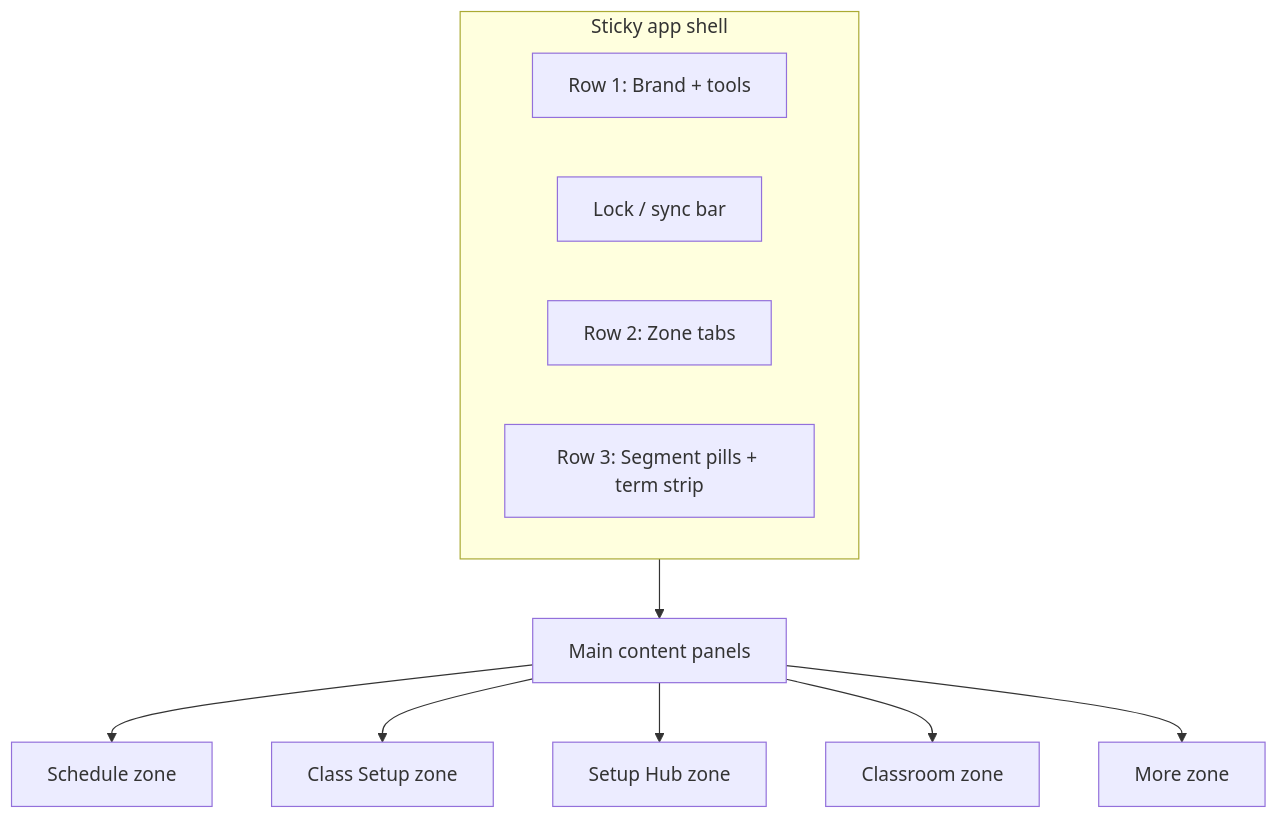
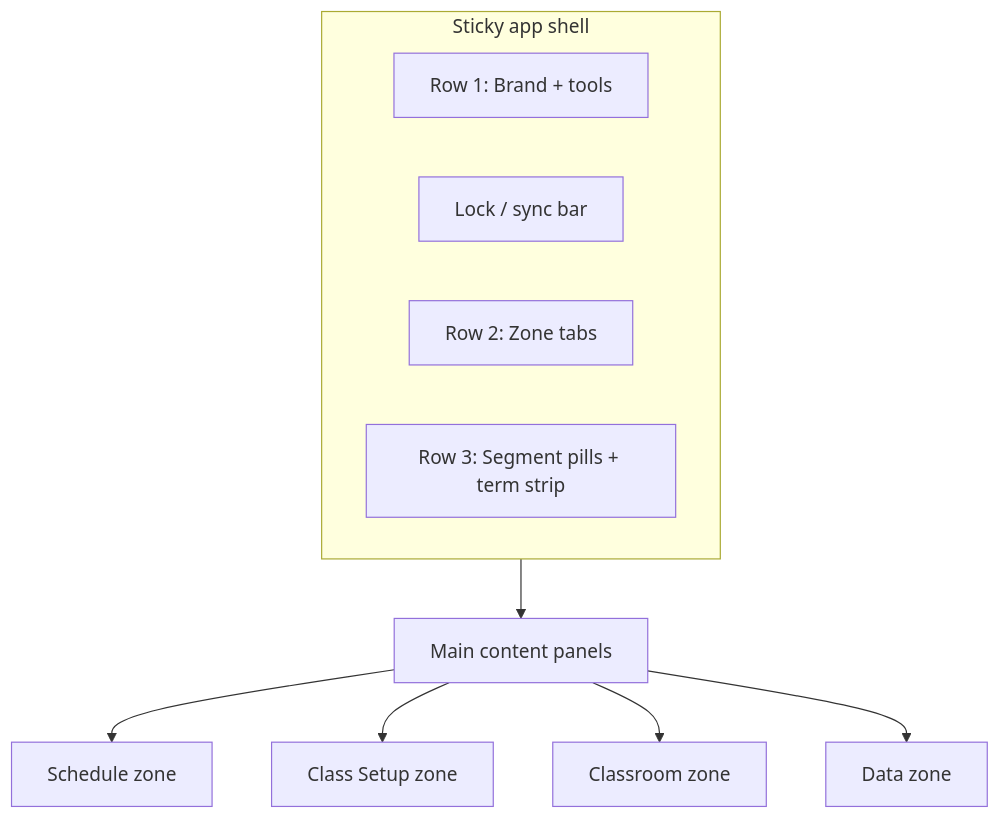
The diagram in CLAUDE_DESIGN_STATUS.md (nathanksimpson/classcalendarmultiuser), drawn with Mermaid before and after one commit. The commit also changed other lines of this file and 48 other files, not shown here.

````diff
--- a/CLAUDE_DESIGN_STATUS.md
+++ b/CLAUDE_DESIGN_STATUS.md
@@ -31,15 +31,14 @@
 ```mermaid
 flowchart TB
     subgraph shell [Sticky app shell]
         R1[Row 1: Brand + tools]
         LSB[Lock / sync bar]
         R2[Row 2: Zone tabs]
         R3[Row 3: Segment pills + term strip]
     end
   shell --> main[Main content panels]
     main --> schedule[Schedule zone]
     main --> classes[Class Setup zone]
-    main --> hub[Setup Hub zone]
     main --> classroom[Classroom zone]
-    main --> more[More zone]
+    main --> data[Data zone]
 ```
````
